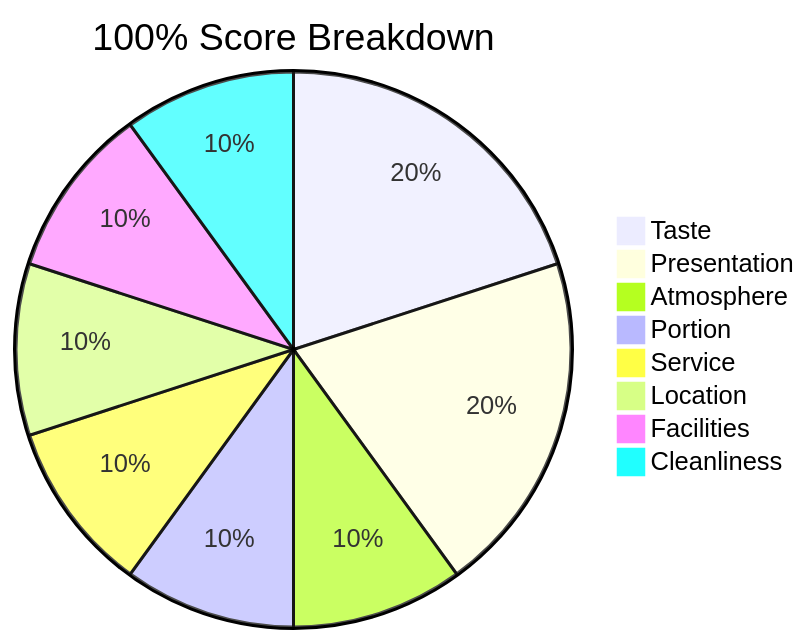
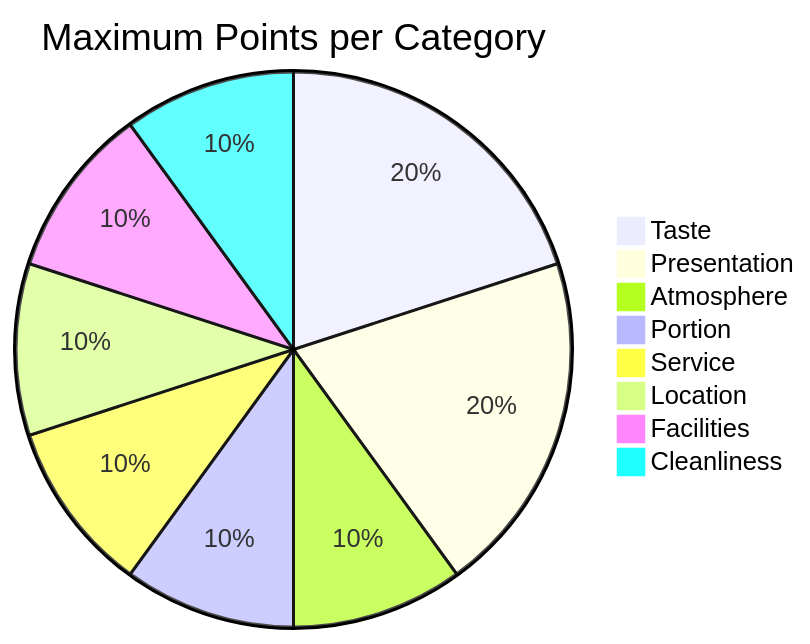
One commit to FryGuy93/pub-review-guide changed the diagram in index.md. Above: the diagram before and after it, drawn with Mermaid. The commit also changed other lines of this file, not shown here.

```diff
--- a/index.md
+++ b/index.md
@@ -40,11 +99,11 @@
   <div class="mermaid">
-  pie title 100% Score Breakdown
+  pie title Maximum Points per Category
     "Taste" : 20
     "Presentation" : 20
     "Atmosphere" : 10
     "Portion" : 10
     "Service" : 10
     "Location" : 10
     "Facilities" : 10
     "Cleanliness" : 10
   </div>
```
